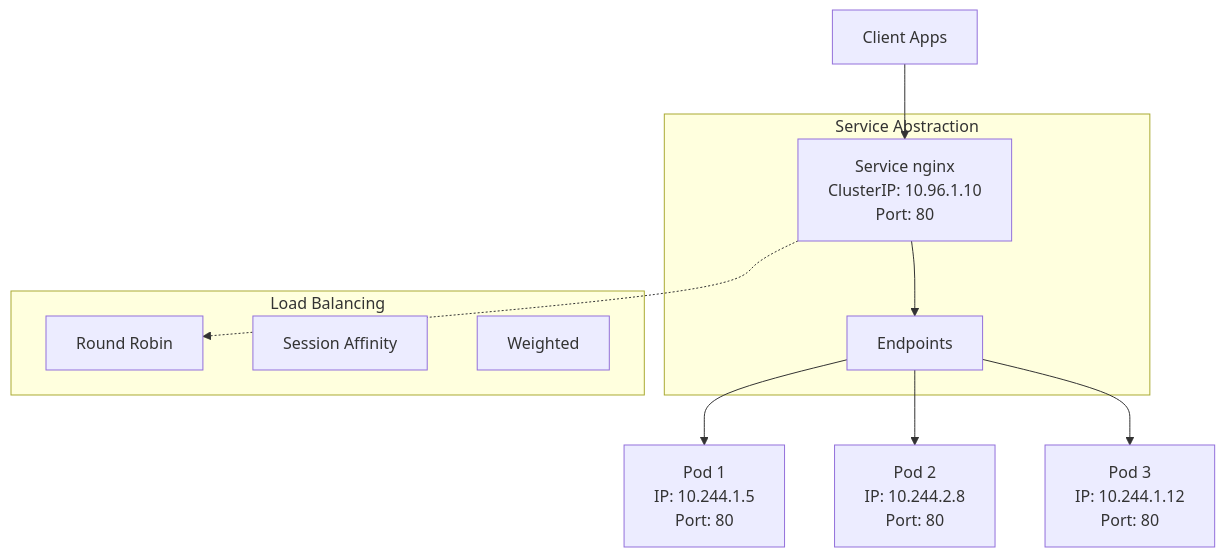
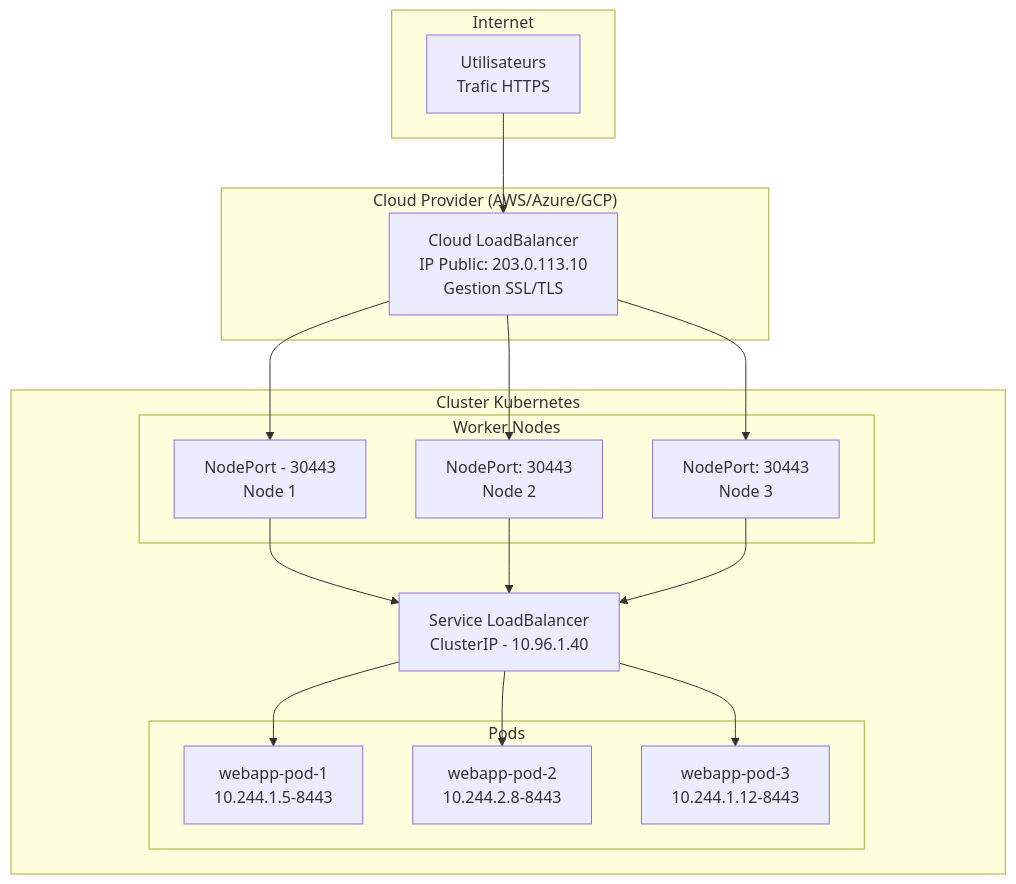
Diagram 16 of 39 in Sprint3-Orchestration-Kubernetes/Semaine-1-Kubernetes-Basics/cours/S3_S1_cours_kubernetes_basics.md (hassanaym83/Formation_Devops), drawn with Mermaid before and after one commit. The commit also changed other lines of this file and 94 other files, not shown here.

````diff
--- a/Sprint3-Orchestration-Kubernetes/Semaine-1-Kubernetes-Basics/cours/S3_S1_cours_kubernetes_basics.md
+++ b/Sprint3-Orchestration-Kubernetes/Semaine-1-Kubernetes-Basics/cours/S3_S1_cours_kubernetes_basics.md
@@ -1600,20 +2134,37 @@
 ```mermaid
 graph TB
-    subgraph "Service Abstraction"
-        A[Service nginx<br/>ClusterIP: 10.96.1.10<br/>Port: 80] --> B[Endpoints]
+    subgraph "Internet"
+        A[Utilisateurs<br/>Trafic HTTPS]
     end
 
-    B --> C[Pod 1<br/>IP: 10.244.1.5<br/>Port: 80]
-    B --> D[Pod 2<br/>IP: 10.244.2.8<br/>Port: 80]
-    B --> E[Pod 3<br/>IP: 10.244.1.12<br/>Port: 80]
-
-    F[Client Apps] --> A
-
-    subgraph "Load Balancing"
-        G[Round Robin]
-        H[Session Affinity]
-        I[Weighted]
+    subgraph "Cloud Provider (AWS/Azure/GCP)"
+        B[Cloud LoadBalancer<br/>IP Public: 203.0.113.10<br/>Gestion SSL/TLS]
     end
 
-    A -.-> G
+    subgraph "Cluster Kubernetes"
+        C[Service LoadBalancer<br/>ClusterIP - 10.96.1.40]
+
+        subgraph "Worker Nodes"
+            D[NodePort - 30443<br/>Node 1]
+            E[NodePort: 30443<br/>Node 2]
+            F[NodePort: 30443<br/>Node 3]
+        end
+
+        subgraph "Pods"
+            G[webapp-pod-1<br/>10.244.1.5-8443]
+            H[webapp-pod-2<br/>10.244.2.8-8443]
+            I[webapp-pod-3<br/>10.244.1.12-8443]
+        end
+    end
+
+    A --> B
+    B --> D
+    B --> E
+    B --> F
+    D --> C
+    E --> C
+    F --> C
+    C --> G
+    C --> H
+    C --> I
 ```
````
